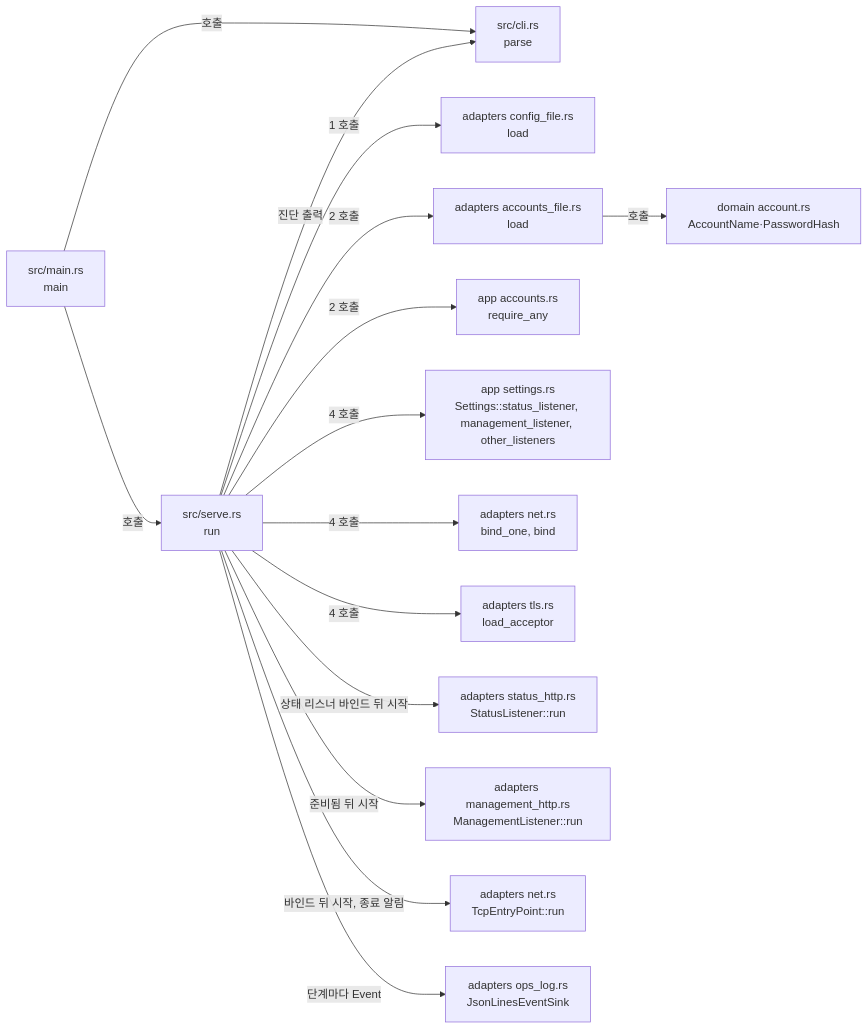
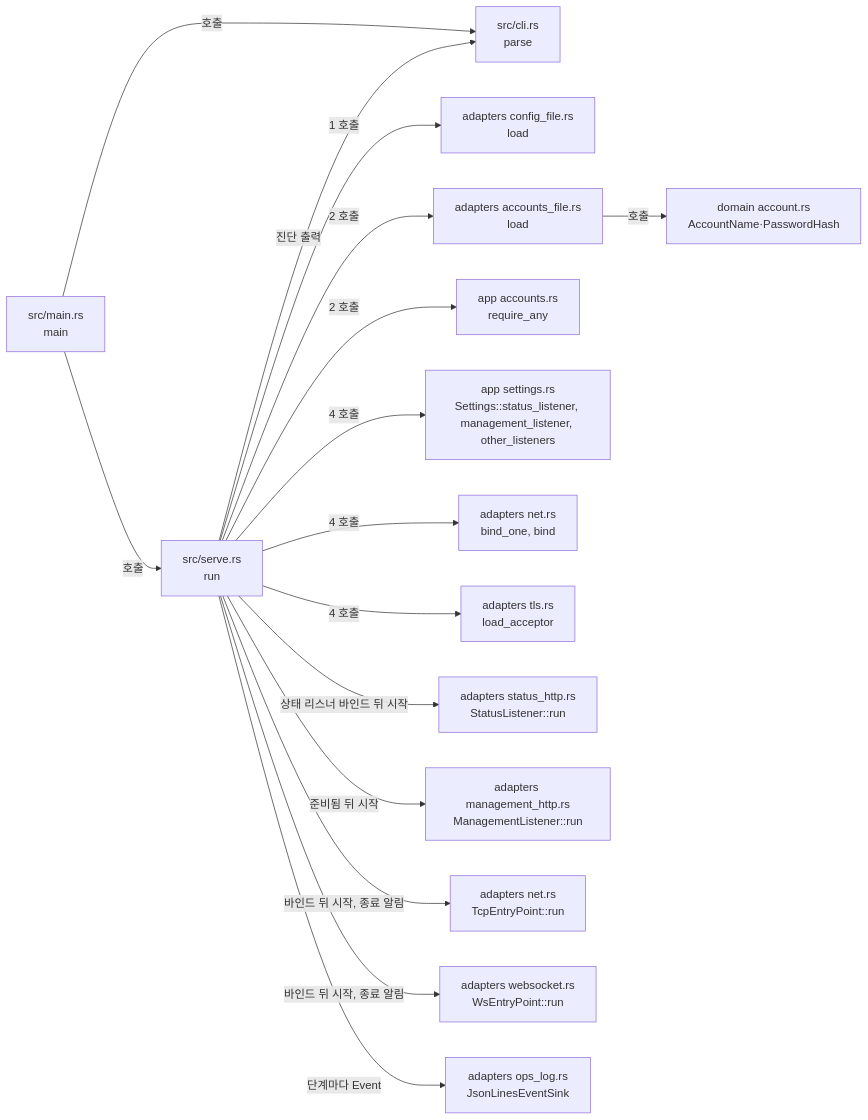
One commit to kayden-kim/vnc-relay changed the diagram in docs/architectures/serve-startup.md. Above: the diagram before and after it, drawn with Mermaid. The commit also changed other lines of this file and 6 other files, not shown here.

Commit message:
docs(architecture): sync entry point and limit docs with websocket upgrade

````diff
--- a/docs/architectures/serve-startup.md
+++ b/docs/architectures/serve-startup.md
@@ -46,17 +46,18 @@
 ```mermaid
 flowchart LR
     MAIN["src/main.rs<br/>main"] -->|"호출"| CLI["src/cli.rs<br/>parse"]
     MAIN -->|"호출"| SERVE["src/serve.rs<br/>run"]
     SERVE -->|"1 호출"| CFG["adapters config_file.rs<br/>load"]
     SERVE -->|"2 호출"| ACC["adapters accounts_file.rs<br/>load"]
     ACC -->|"호출"| DACC["domain account.rs<br/>AccountName·PasswordHash"]
     SERVE -->|"2 호출"| REQ["app accounts.rs<br/>require_any"]
     SERVE -->|"4 호출"| PLAN["app settings.rs<br/>Settings::status_listener, management_listener, other_listeners"]
     SERVE -->|"4 호출"| NET["adapters net.rs<br/>bind_one, bind"]
     SERVE -->|"4 호출"| TLS["adapters tls.rs<br/>load_acceptor"]
     SERVE -->|"상태 리스너 바인드 뒤 시작"| STATUS["adapters status_http.rs<br/>StatusListener::run"]
     SERVE -->|"준비됨 뒤 시작"| MGMT["adapters management_http.rs<br/>ManagementListener::run"]
     SERVE -->|"바인드 뒤 시작, 종료 알림"| EP["adapters net.rs<br/>TcpEntryPoint::run"]
+    SERVE -->|"바인드 뒤 시작, 종료 알림"| WSEP["adapters websocket.rs<br/>WsEntryPoint::run"]
     SERVE -->|"단계마다 Event"| LOG["adapters ops_log.rs<br/>JsonLinesEventSink"]
     SERVE -->|"진단 출력"| CLI
 ```
````
